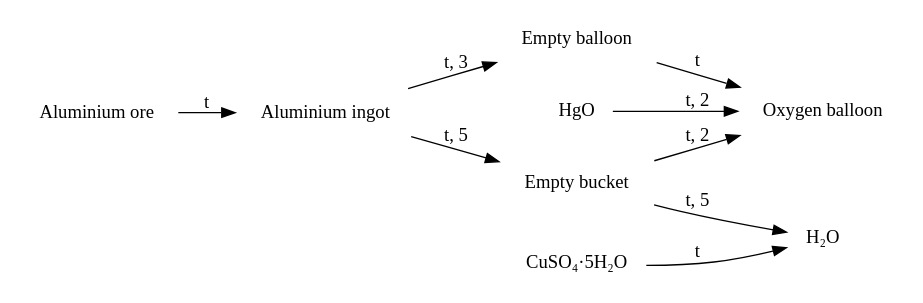
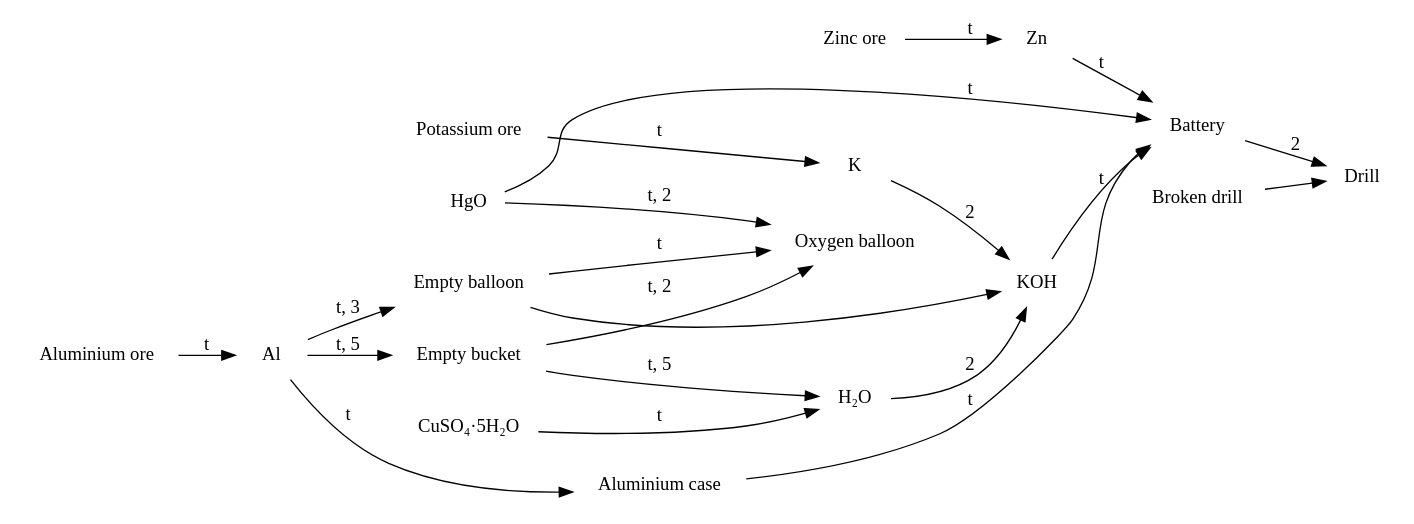
Before and after one commit to forked-from-1kasper/loria: the diagram in manuals/start.gv, drawn with Graphviz. The commit also changed 16 other files, not shown here.

```diff
--- a/manuals/start.gv
+++ b/manuals/start.gv
@@ -1,15 +1,33 @@
 digraph {
     rankdir="LR"
     node [shape=none]
 
-    "Aluminium ore" -> "Aluminium ingot" [label = "t"]
-    "Aluminium ingot" -> "Empty bucket" [label = "t, 5"]
-    "Aluminium ingot" -> "Empty balloon" [label = "t, 3"]
+    "Aluminium ore" -> "Al" [label = "t"]
+    "Potassium ore" -> "K" [label = "t"]
+    "Zinc ore" -> "Zn" [label = "t"]
+
+    "Al" -> "Empty bucket" [label = "t, 5"]
+    "Al" -> "Empty balloon" [label = "t, 3"]
 
     "HgO" -> "Oxygen balloon" [label = "t, 2"]
     "Empty balloon" -> "Oxygen balloon" [label = "t"]
     "Empty bucket" -> "Oxygen balloon" [label = "t, 2"]
 
     "Empty bucket" -> "H₂O" [label = "t, 5"]
     "CuSO₄·5H₂O" -> "H₂O" [label = "t"]
+
+    "Al" -> "Aluminium case" [label = "t"]
+
+    "HgO" -> "Battery" [label = "t"]
+    "KOH" -> "Battery" [label = "t"]
+    "Zn" -> "Battery" [label = "t"]
+    "Aluminium case" -> "Battery" [label = "t"]
+
+
+    "K" -> "KOH" [label = "2"]
+    "H₂O" -> "KOH" [label = "2"]
+    "Empty balloon" -> "KOH"
+
+    "Broken drill" -> "Drill"
+    "Battery" -> "Drill" [label = "2"]
 }
```
